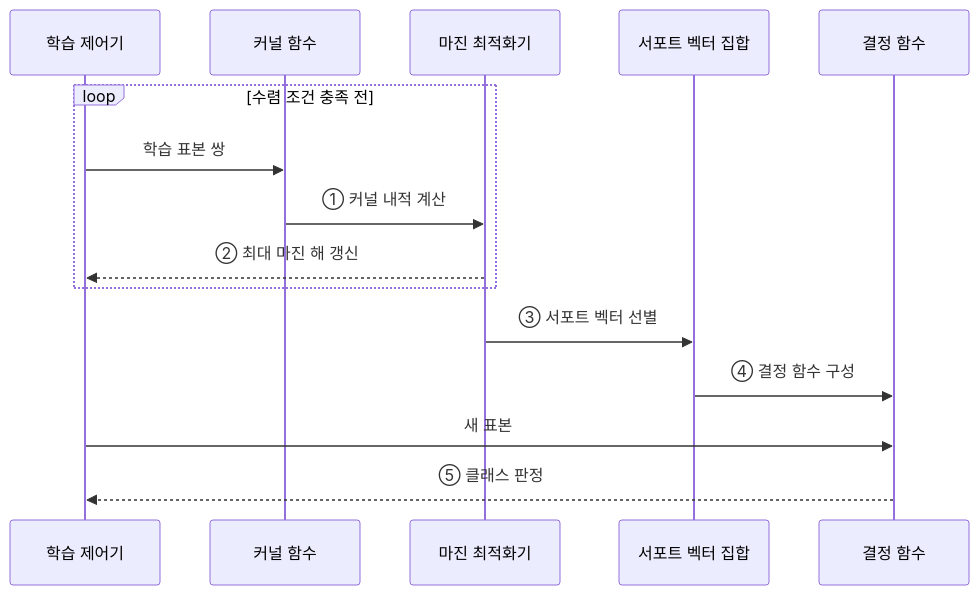
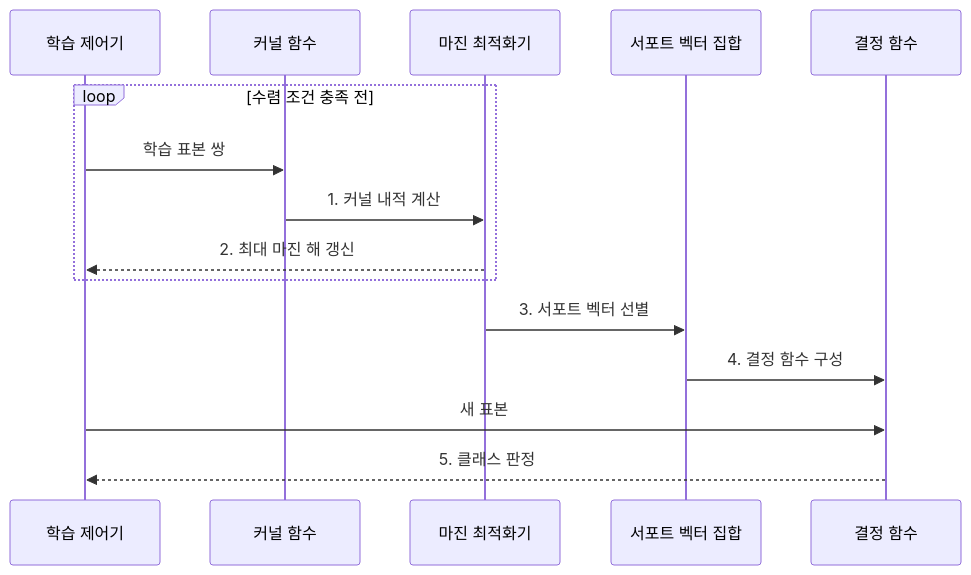
The second of 2 diagrams in src/content/docs/notes/01-basic-theory/050_svm.md (agnusdei1207/knowledge-base), drawn with Mermaid before and after one commit. The commit also changed other lines of this file and 20 other files, not shown here.

````diff
--- a/src/content/docs/notes/01-basic-theory/050_svm.md
+++ b/src/content/docs/notes/01-basic-theory/050_svm.md
@@ -86,17 +86,17 @@
 ```mermaid
 sequenceDiagram
     participant T as 학습 제어기
     participant K as 커널 함수
     participant O as 마진 최적화기
     participant S as 서포트 벡터 집합
     participant F as 결정 함수
     loop 수렴 조건 충족 전
         T->>K: 학습 표본 쌍
-        K->>O: ① 커널 내적 계산
-        O-->>T: ② 최대 마진 해 갱신
+        K->>O: 1. 커널 내적 계산
+        O-->>T: 2. 최대 마진 해 갱신
     end
-    O->>S: ③ 서포트 벡터 선별
-    S->>F: ④ 결정 함수 구성
+    O->>S: 3. 서포트 벡터 선별
+    S->>F: 4. 결정 함수 구성
     T->>F: 새 표본
-    F-->>T: ⑤ 클래스 판정
+    F-->>T: 5. 클래스 판정
 ```
````
